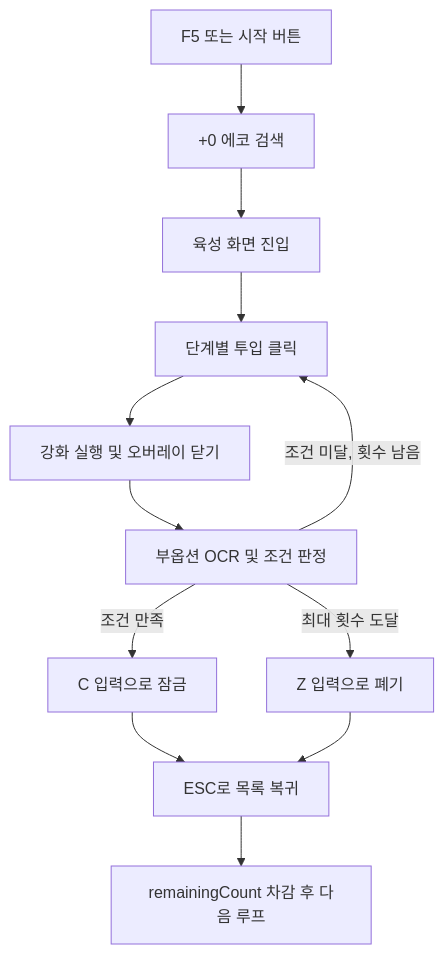
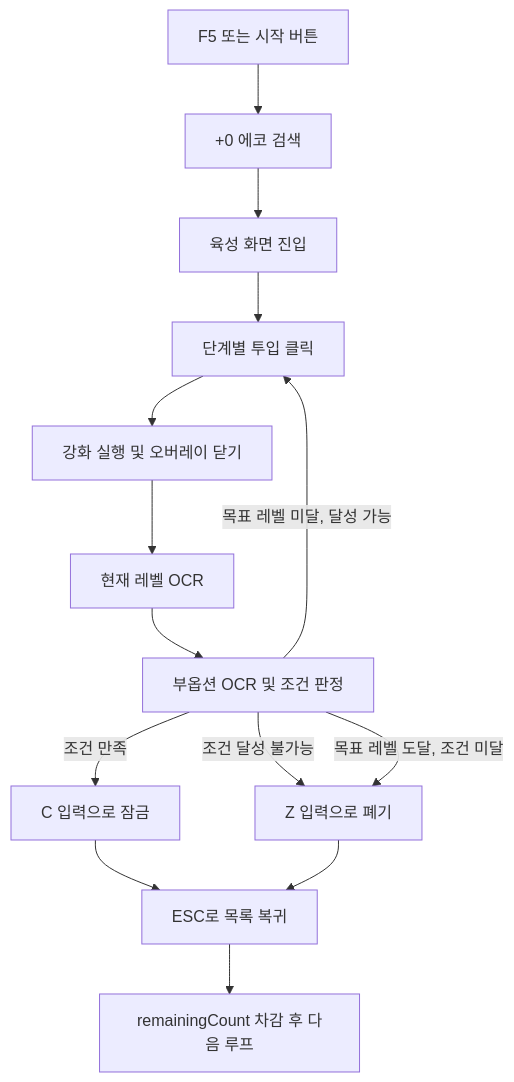
One commit to sinbumu/wuwa-echo-craftsman changed the diagram in docs/automation_scenario.md. Above: the diagram before and after it, drawn with Mermaid. The commit also changed other lines of this file and 4 other files, not shown here.

````diff
--- a/docs/automation_scenario.md
+++ b/docs/automation_scenario.md
@@ -45,14 +46,16 @@
 ```mermaid
 flowchart TD
     Start["F5 또는 시작 버튼"] --> Search["+0 에코 검색"]
     Search --> EnhanceTab["육성 화면 진입"]
     EnhanceTab --> StagedInput["단계별 투입 클릭"]
     StagedInput --> EnhanceConfirm["강화 실행 및 오버레이 닫기"]
-    EnhanceConfirm --> Evaluate["부옵션 OCR 및 조건 판정"]
+    EnhanceConfirm --> ReadLevel["현재 레벨 OCR"]
+    ReadLevel --> Evaluate["부옵션 OCR 및 조건 판정"]
     Evaluate -->|"조건 만족"| Lock["C 입력으로 잠금"]
-    Evaluate -->|"조건 미달, 횟수 남음"| StagedInput
-    Evaluate -->|"최대 횟수 도달"| Discard["Z 입력으로 폐기"]
+    Evaluate -->|"조건 달성 불가능"| Discard["Z 입력으로 폐기"]
+    Evaluate -->|"목표 레벨 도달, 조건 미달"| Discard
+    Evaluate -->|"목표 레벨 미달, 달성 가능"| StagedInput
     Lock --> Return["ESC로 목록 복귀"]
     Discard --> Return
     Return --> Next["remainingCount 차감 후 다음 루프"]
 ```
````
